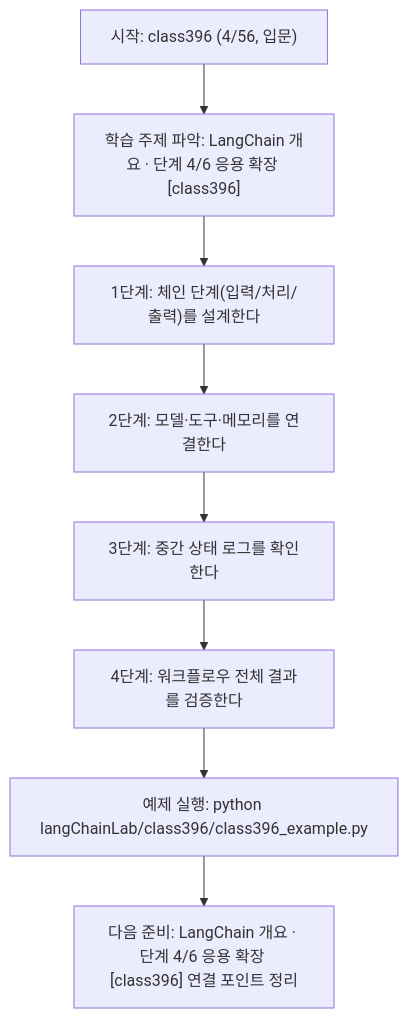
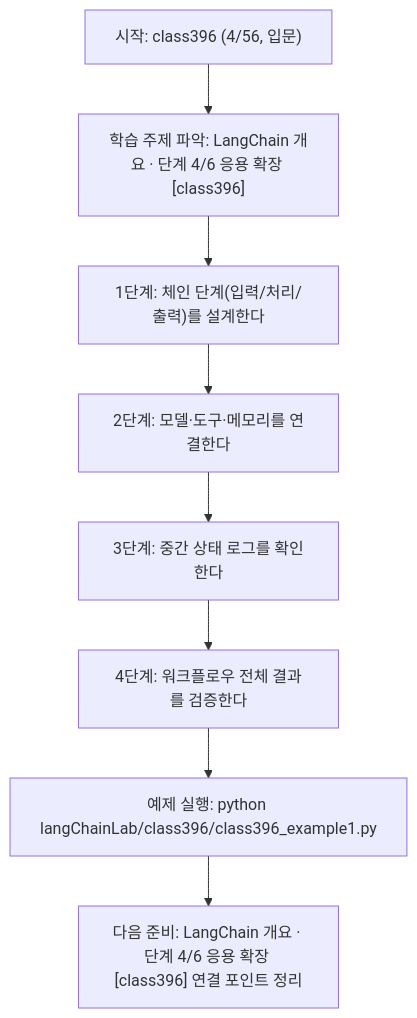
One commit to edumgt/Python-AI_Agent-Class changed the diagram in langChainLab/class396/class396.md. Above: the diagram before and after it, drawn with Mermaid. The commit also changed other lines of this file and 2959 other files, not shown here.

````diff
--- a/langChainLab/class396/class396.md
+++ b/langChainLab/class396/class396.md
@@ -109,18 +109,18 @@
 ```mermaid
 flowchart TD
 N1["시작: class396 (4/56, 입문)"]
 N2["학습 주제 파악: LangChain 개요 · 단계 4/6 응용 확장 [class396]"]
 N3["1단계: 체인 단계(입력/처리/출력)를 설계한다"]
 N4["2단계: 모델·도구·메모리를 연결한다"]
 N5["3단계: 중간 상태 로그를 확인한다"]
 N6["4단계: 워크플로우 전체 결과를 검증한다"]
-N7["예제 실행: python langChainLab/class396/class396_example.py"]
+N7["예제 실행: python langChainLab/class396/class396_example1.py"]
 N8["다음 준비: LangChain 개요 · 단계 4/6 응용 확장 [class396] 연결 포인트 정리"]
 N1 --> N2
 N2 --> N3
 N3 --> N4
 N4 --> N5
 N5 --> N6
 N6 --> N7
 N7 --> N8
 ```
````
